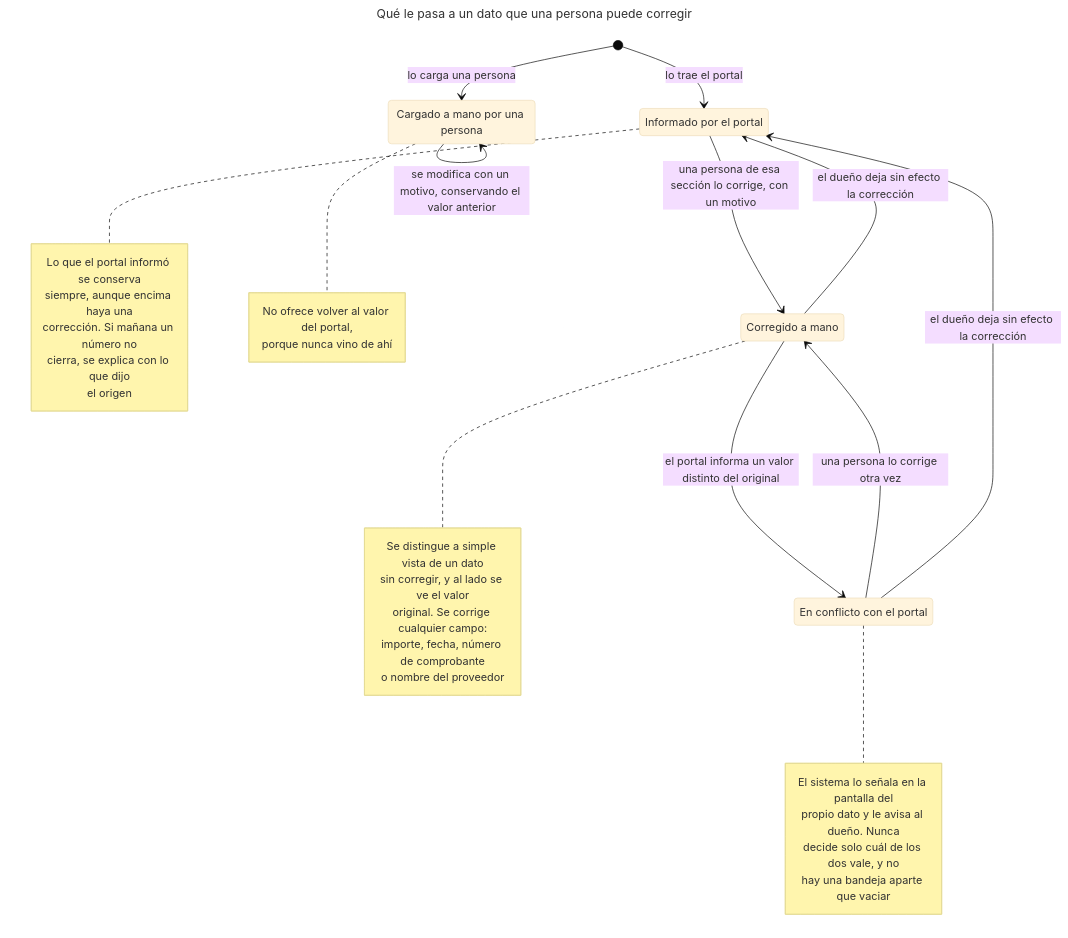
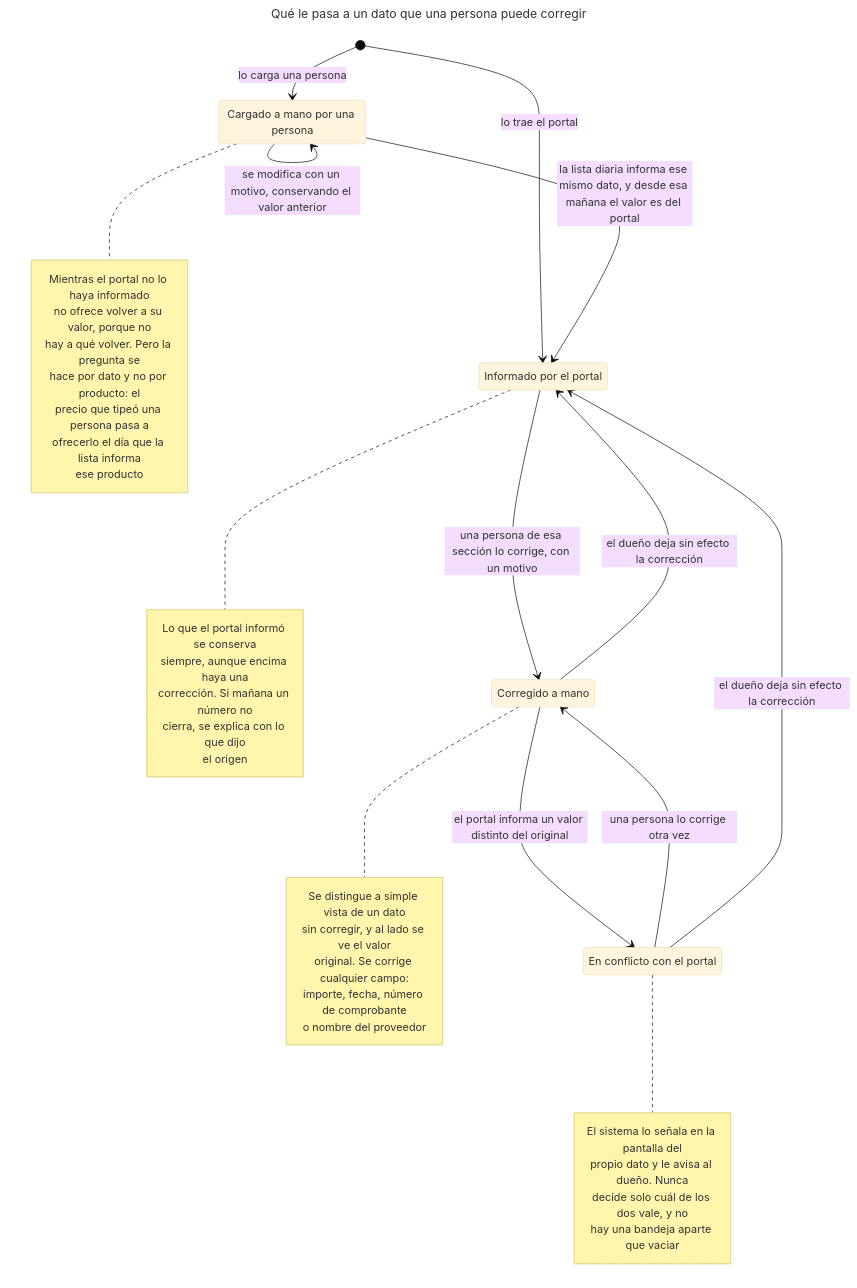
One commit to leandrocarriego/prueba-tecnica-fde-archytas changed the first of 7 diagrams in docs/specs/003-system-control/diagrams/README.md. Above: the diagram before and after it, drawn with Mermaid (base theme). The commit also changed other lines of this file and 24 other files, not shown here.

````diff
--- a/docs/specs/003-system-control/diagrams/README.md
+++ b/docs/specs/003-system-control/diagrams/README.md
@@ -12,47 +12,53 @@
 ```mermaid
 ---
 title: Qué le pasa a un dato que una persona puede corregir
 ---
 stateDiagram-v2
     state "Informado por el portal" as Portal
     state "Cargado a mano por una persona" as Manual
     state "Corregido a mano" as Corregido
     state "En conflicto con el portal" as Conflicto
 
     [*] --> Portal: lo trae el portal
     [*] --> Manual: lo carga una persona
     Manual --> Manual: se modifica con un motivo, conservando el valor anterior
+    Manual --> Portal: la lista diaria informa ese mismo dato, y desde esa mañana el valor es del portal
     Portal --> Corregido: una persona de esa sección lo corrige, con un motivo
     Corregido --> Conflicto: el portal informa un valor distinto del original
     Conflicto --> Corregido: una persona lo corrige otra vez
     Conflicto --> Portal: el dueño deja sin efecto la corrección
     Corregido --> Portal: el dueño deja sin efecto la corrección
 
     note right of Portal
         Lo que el portal informó se conserva
         siempre, aunque encima haya una
         corrección. Si mañana un número no
         cierra, se explica con lo que dijo
         el origen
     end note
 
     note right of Corregido
         Se distingue a simple vista de un dato
         sin corregir, y al lado se ve el valor
         original. Se corrige cualquier campo:
         importe, fecha, número de comprobante
         o nombre del proveedor
     end note
 
     note right of Conflicto
         El sistema lo señala en la pantalla del
         propio dato y le avisa al dueño. Nunca
         decide solo cuál de los dos vale, y no
         hay una bandeja aparte que vaciar
     end note
 
     note right of Manual
-        No ofrece volver al valor del portal,
-        porque nunca vino de ahí
+        Mientras el portal no lo haya informado
+        no ofrece volver a su valor, porque no
+        hay a qué volver. Pero la pregunta se
+        hace por dato y no por producto: el
+        precio que tipeó una persona pasa a
+        ofrecerlo el día que la lista informa
+        ese producto
     end note
 ```
````
